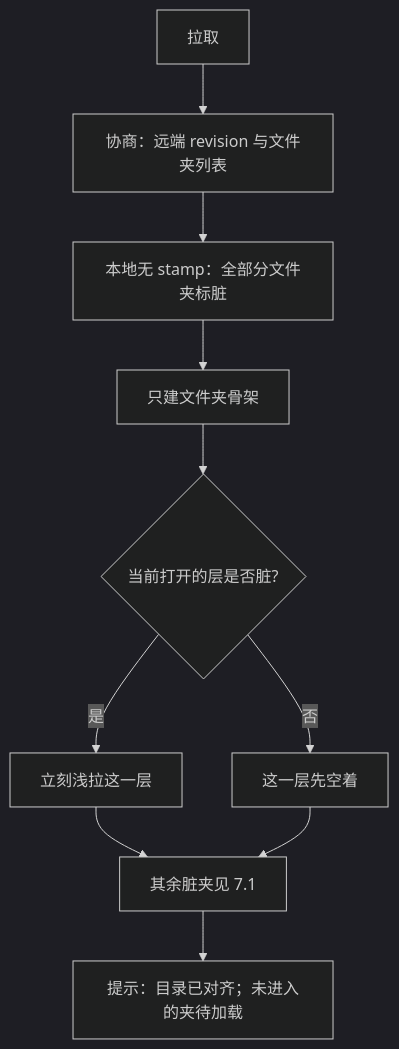
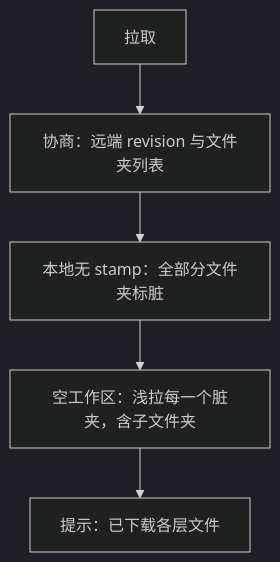
The fifth of 10 diagrams in docs/02-system-design/04-local-workspace-sync.md (trueLoving/Pixuli), drawn with Mermaid (dark theme) before and after one commit. The commit also changed other lines of this file and 8 other files, not shown here.

````diff
--- a/docs/02-system-design/04-local-workspace-sync.md
+++ b/docs/02-system-design/04-local-workspace-sync.md
@@ -391,12 +391,7 @@
 ```mermaid
 flowchart TD
   a["拉取"] --> neg["协商：远端 revision 与文件夹列表"]
   neg --> noStamp["本地无 stamp：全部分文件夹标脏"]
-  noStamp --> skeleton["只建文件夹骨架"]
-  skeleton --> open{"当前打开的层是否脏?"}
-  open -->|是| now["立刻浅拉这一层"]
-  open -->|否| wait["这一层先空着"]
-  now --> lazy["其余脏夹见 7.1"]
-  wait --> lazy
-  lazy --> done["提示：目录已对齐；未进入的夹待加载"]
+  noStamp --> all["空工作区：浅拉每一个脏夹，含子文件夹"]
+  all --> done["提示：已下载各层文件"]
 ```
````
